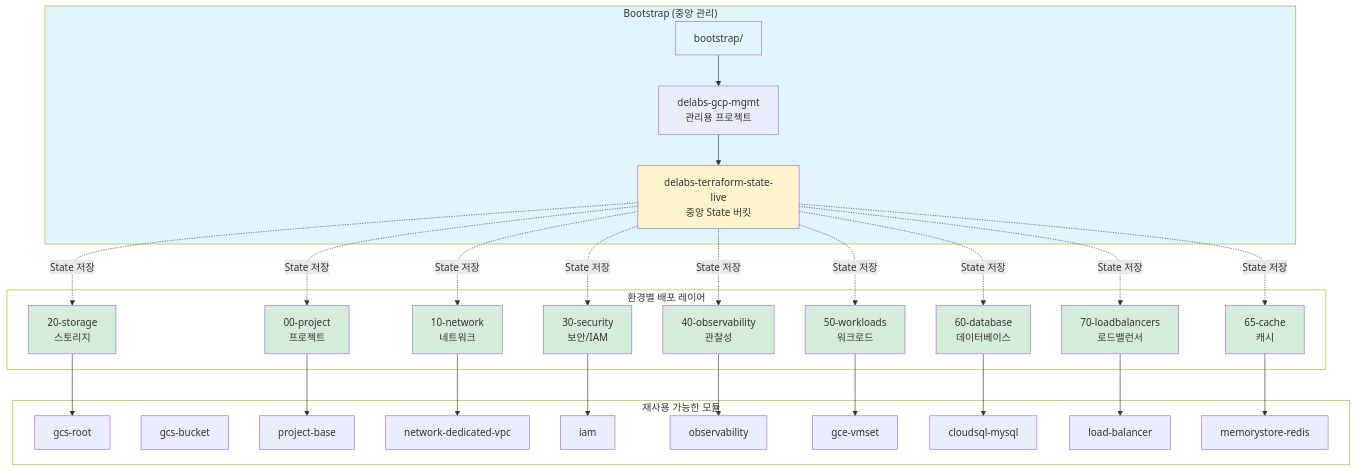
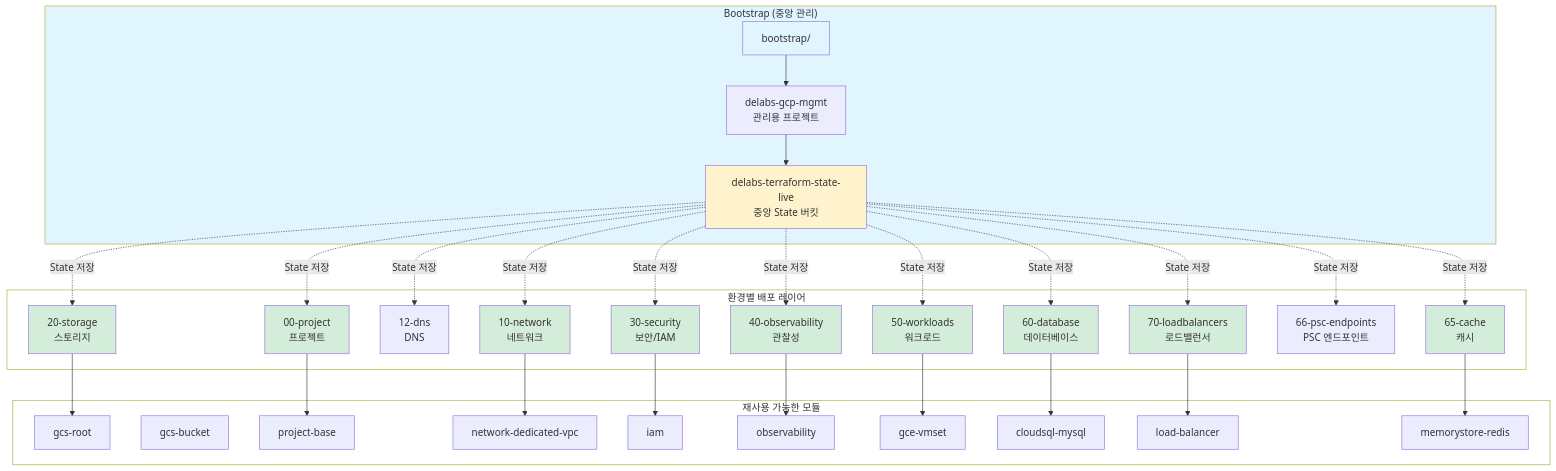
The first of 9 diagrams in terraform_gcp_infra/docs/architecture/diagrams.md (JSJ2337/GCP_terraform_code), drawn with Mermaid before and after one commit. The commit also changed other lines of this file and 2 other files, not shown here.

First line of the commit message:
docs: 14차-20차 검토 - Mermaid 다이어그램 변환 및 누락 레이어/모듈 추가

````diff
--- a/terraform_gcp_infra/docs/architecture/diagrams.md
+++ b/terraform_gcp_infra/docs/architecture/diagrams.md
@@ -18,71 +18,75 @@
 ```mermaid
 %%{init: {'theme': 'default'}}%%
 graph TB
     subgraph Bootstrap["Bootstrap (중앙 관리)"]
         B[bootstrap/]
         B_PROJ[delabs-gcp-mgmt<br/>관리용 프로젝트]
         B_BUCKET[delabs-terraform-state-live<br/>중앙 State 버킷]
         B --> B_PROJ
         B_PROJ --> B_BUCKET
     end
 
     subgraph Modules["재사용 가능한 모듈"]
         M1[gcs-root]
         M2[gcs-bucket]
         M3[project-base]
         M4[network-dedicated-vpc]
         M5[iam]
         M6[observability]
         M7[gce-vmset]
         M8[cloudsql-mysql]
         M9[load-balancer]
         M10[memorystore-redis]
     end
 
     subgraph Layers["환경별 배포 레이어"]
         E0[00-project<br/>프로젝트]
         E1[10-network<br/>네트워크]
+        E1_DNS[12-dns<br/>DNS]
         E2[20-storage<br/>스토리지]
         E3[30-security<br/>보안/IAM]
         E4[40-observability<br/>관찰성]
         E5[50-workloads<br/>워크로드]
         E6[60-database<br/>데이터베이스]
         E7[65-cache<br/>캐시]
+        E7_PSC[66-psc-endpoints<br/>PSC 엔드포인트]
         E8[70-loadbalancers<br/>로드밸런서]
     end
 
     B_BUCKET -.State 저장.-> E0
     B_BUCKET -.State 저장.-> E1
+    B_BUCKET -.State 저장.-> E1_DNS
     B_BUCKET -.State 저장.-> E2
     B_BUCKET -.State 저장.-> E3
     B_BUCKET -.State 저장.-> E4
     B_BUCKET -.State 저장.-> E5
     B_BUCKET -.State 저장.-> E6
     B_BUCKET -.State 저장.-> E7
+    B_BUCKET -.State 저장.-> E7_PSC
     B_BUCKET -.State 저장.-> E8
 
     E0 --> M3
     E1 --> M4
     E2 --> M1
     E3 --> M5
     E4 --> M6
     E5 --> M7
     E6 --> M8
     E7 --> M10
     E8 --> M9
 
     style Bootstrap fill:#e1f5ff
     style Modules fill:#ffffff
     style Layers fill:#ffffff
     style B fill:#e1f5ff
     style B_BUCKET fill:#fff3cd
     style E0 fill:#d4edda
     style E1 fill:#d4edda
     style E2 fill:#d4edda
     style E3 fill:#d4edda
     style E4 fill:#d4edda
     style E5 fill:#d4edda
     style E6 fill:#d4edda
     style E7 fill:#d4edda
     style E8 fill:#d4edda
 ```
````
